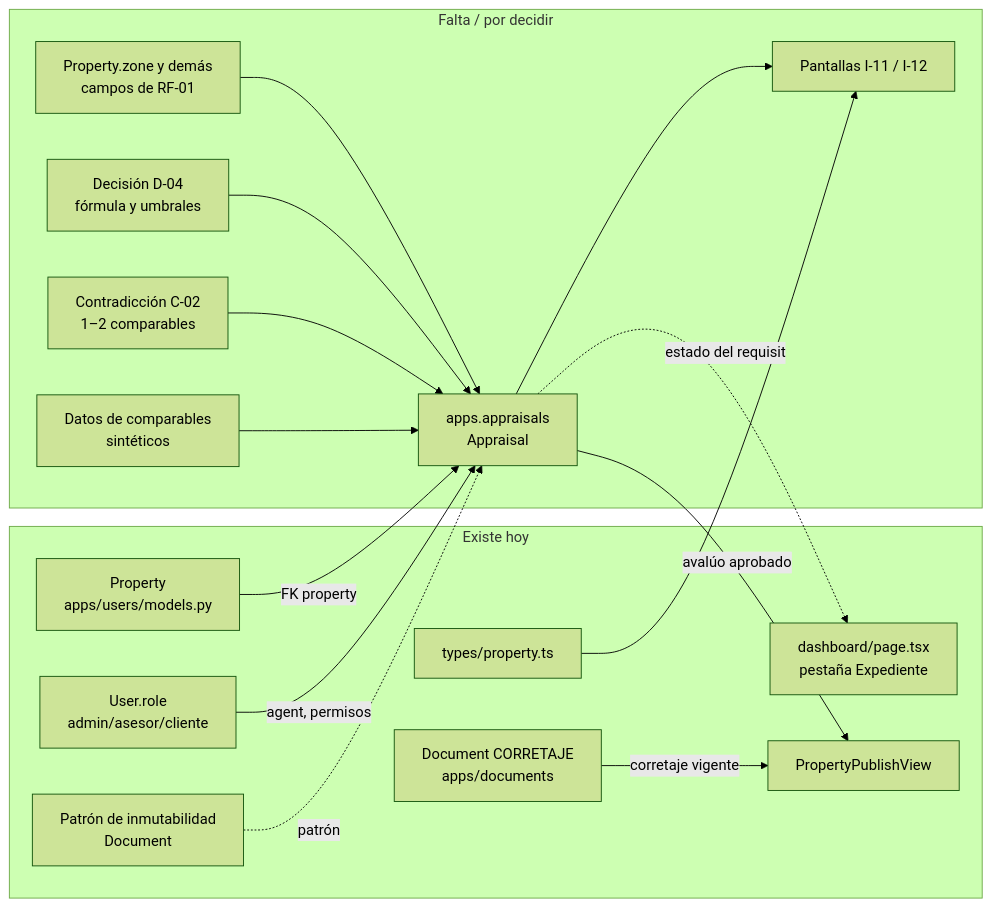
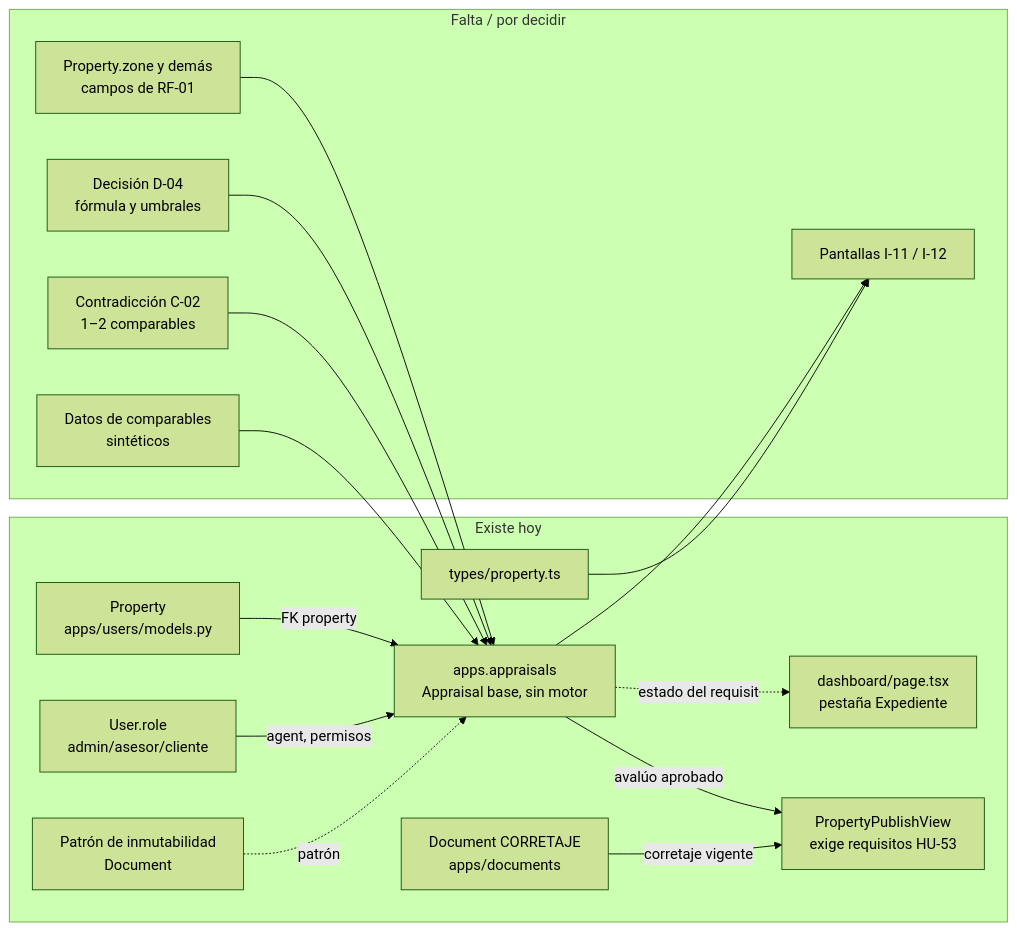
Before and after one commit to P4bl1t0ck/Urbanex: the diagram in docs/handoff/URBANEX_GPS_ARCHIVOS.md, drawn with Mermaid (forest theme). The commit also changed other lines of this file and 6 other files, not shown here.

````diff
--- a/docs/handoff/URBANEX_GPS_ARCHIVOS.md
+++ b/docs/handoff/URBANEX_GPS_ARCHIVOS.md
@@ -73,32 +96,32 @@
 ```mermaid
 flowchart LR
   subgraph Existe["Existe hoy"]
     P[Property<br/>apps/users/models.py]
     U[User.role<br/>admin/asesor/cliente]
     D[Document CORRETAJE<br/>apps/documents]
     T[types/property.ts]
     DB[dashboard/page.tsx<br/>pestaña Expediente]
-    PUB[PropertyPublishView]
+    PUB[PropertyPublishView<br/>exige requisitos HU-53]
     IMM[Patrón de inmutabilidad<br/>Document]
+    A[apps.appraisals<br/>Appraisal base, sin motor]
   end
   subgraph Falta["Falta / por decidir"]
     Z[Property.zone y demás<br/>campos de RF-01]
     D04[Decisión D-04<br/>fórmula y umbrales]
     C02[Contradicción C-02<br/>1–2 comparables]
     SEED[Datos de comparables<br/>sintéticos]
-    A[apps.appraisals<br/>Appraisal]
     UI[Pantallas I-11 / I-12]
   end
   P -->|FK property| A
   U -->|agent, permisos| A
   Z --> A
   D04 --> A
   C02 --> A
   SEED --> A
   IMM -.patrón.-> A
   A -->|avalúo aprobado| PUB
   D -->|corretaje vigente| PUB
   A --> UI
   T --> UI
   A -.estado del requisito.-> DB
 ```
````
